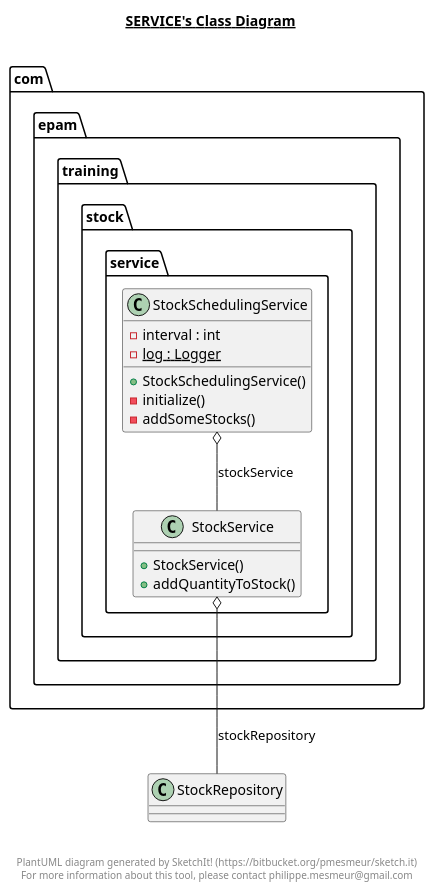
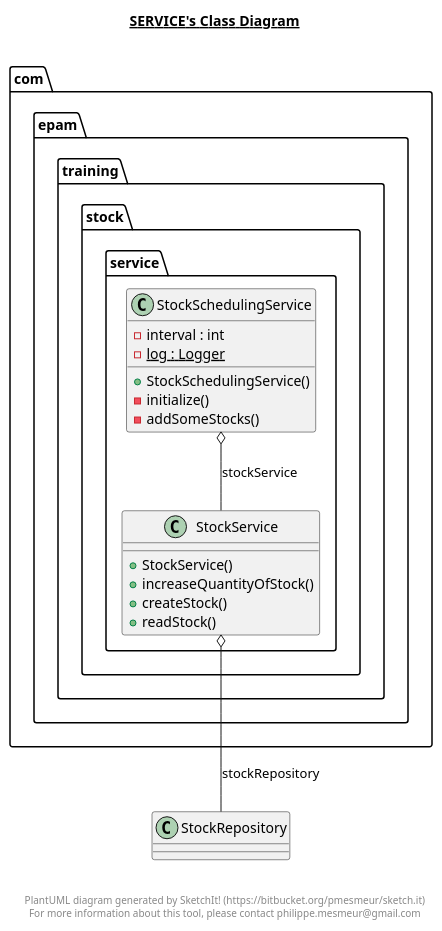
The diagram in src/main/java/com/epam/training/stock/service/service.plantuml (nik-nenkov/tutoring-rest-api-with-java), drawn with PlantUML before and after one commit. The commit also changed 28 other files, not shown here.

```diff
--- a/src/main/java/com/epam/training/stock/service/service.plantuml
+++ b/src/main/java/com/epam/training/stock/service/service.plantuml
@@ -1,39 +1,41 @@
 @startuml
 
 title __SERVICE's Class Diagram__\n
 
   package com.epam.training.stock {
     package com.epam.training.stock.service {
       class StockSchedulingService {
           - interval : int
           {static} - log : Logger
           + StockSchedulingService()
           - initialize()
           - addSomeStocks()
       }
     }
   }
   
 
   package com.epam.training.stock {
     package com.epam.training.stock.service {
       class StockService {
           + StockService()
-          + addQuantityToStock()
+          + increaseQuantityOfStock()
+          + createStock()
+          + readStock()
       }
     }
   }
   
 
   StockSchedulingService o-- StockService : stockService
   StockService o-- StockRepository : stockRepository
 
 
 right footer
 
 
 PlantUML diagram generated by SketchIt! (https://bitbucket.org/pmesmeur/sketch.it)
 For more information about this tool, please contact philippe.mesmeur@gmail.com
 endfooter
 
 @enduml
```
